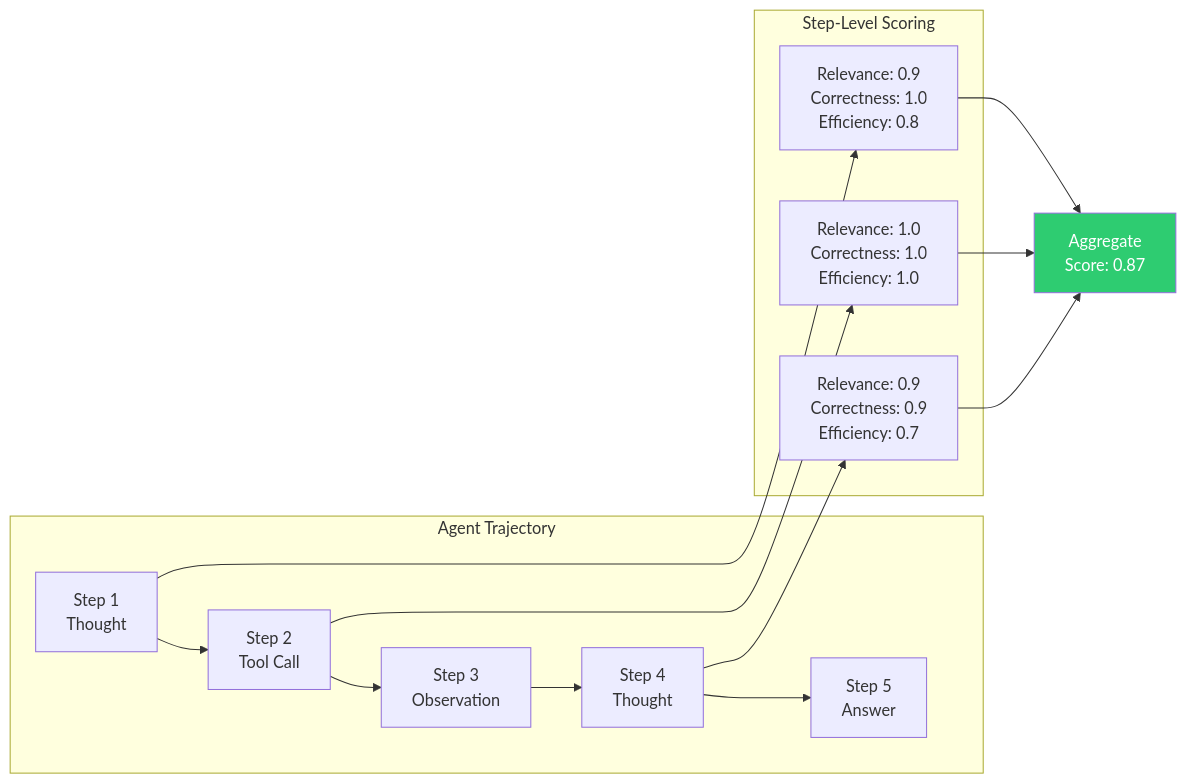
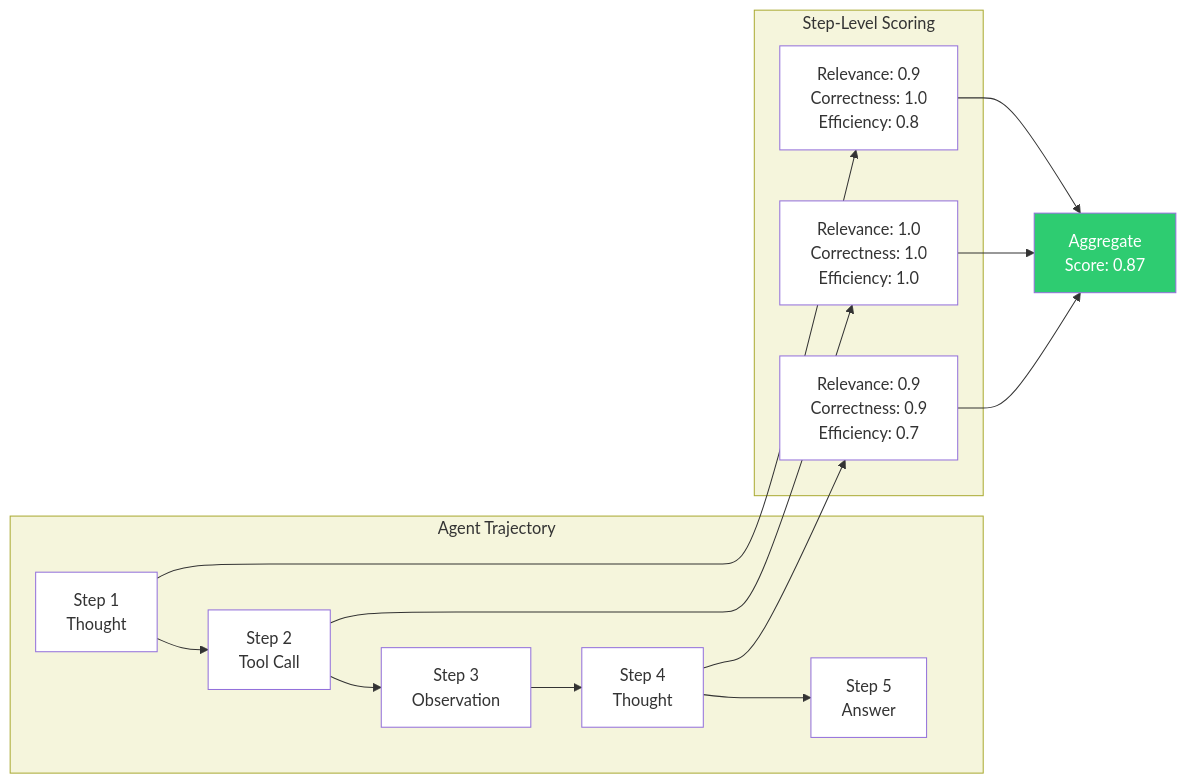
One commit to tanquangduong/tanquangduong.github.io changed the second of 5 diagrams in posts/agent/Evaluating and Debugging AI Agents.qmd. Above: the diagram before and after it, drawn with Mermaid. The commit also changed other lines of this file and 7 other files, not shown here.

````diff
--- a/posts/agent/Evaluating and Debugging AI Agents.qmd
+++ b/posts/agent/Evaluating and Debugging AI Agents.qmd
@@ -314,21 +314,31 @@
 ```{mermaid}
 graph LR
     subgraph Trajectory["Agent Trajectory"]
         S1["Step 1<br/>Thought"] --> S2["Step 2<br/>Tool Call"]
         S2 --> S3["Step 3<br/>Observation"]
         S3 --> S4["Step 4<br/>Thought"]
         S4 --> S5["Step 5<br/>Answer"]
     end
 
     subgraph Scoring["Step-Level Scoring"]
         S1 --> SC1["Relevance: 0.9<br/>Correctness: 1.0<br/>Efficiency: 0.8"]
         S2 --> SC2["Relevance: 1.0<br/>Correctness: 1.0<br/>Efficiency: 1.0"]
         S4 --> SC4["Relevance: 0.9<br/>Correctness: 0.9<br/>Efficiency: 0.7"]
     end
 
     SC1 --> AGG["Aggregate<br/>Score: 0.87"]
     SC2 --> AGG
     SC4 --> AGG
 
+    style Trajectory fill:#f5f5dc
+    style Scoring fill:#f5f5dc
+    style S1 fill:#fff
+    style S2 fill:#fff
+    style S3 fill:#fff
+    style S4 fill:#fff
+    style S5 fill:#fff
+    style SC1 fill:#fff
+    style SC2 fill:#fff
+    style SC4 fill:#fff
     style AGG fill:#2ecc71,color:#fff
 ```
````
